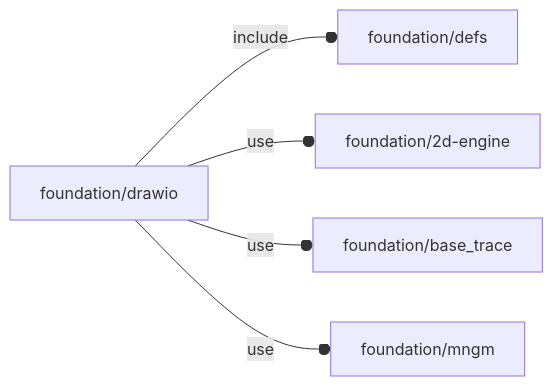
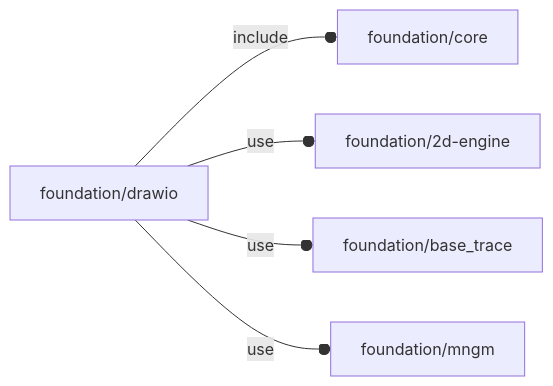
Before and after one commit to ggabbiani/OFL: the diagram in orthodocs/foundation/drawio.md, drawn with Mermaid. The commit also changed 81 other files, not shown here.

Commit message:
foundation/defs.scad renamed as foundation/core.scad

````diff
--- a/orthodocs/foundation/drawio.md
+++ b/orthodocs/foundation/drawio.md
@@ -5,7 +5,7 @@
 ```mermaid
 graph LR
-    A1[foundation/drawio] --o|include| A2[foundation/defs]
+    A1[foundation/drawio] --o|include| A2[foundation/core]
     A1 --o|use| A3[foundation/2d-engine]
     A1 --o|use| A4[foundation/base_trace]
     A1 --o|use| A5[foundation/mngm]
 ```
````
